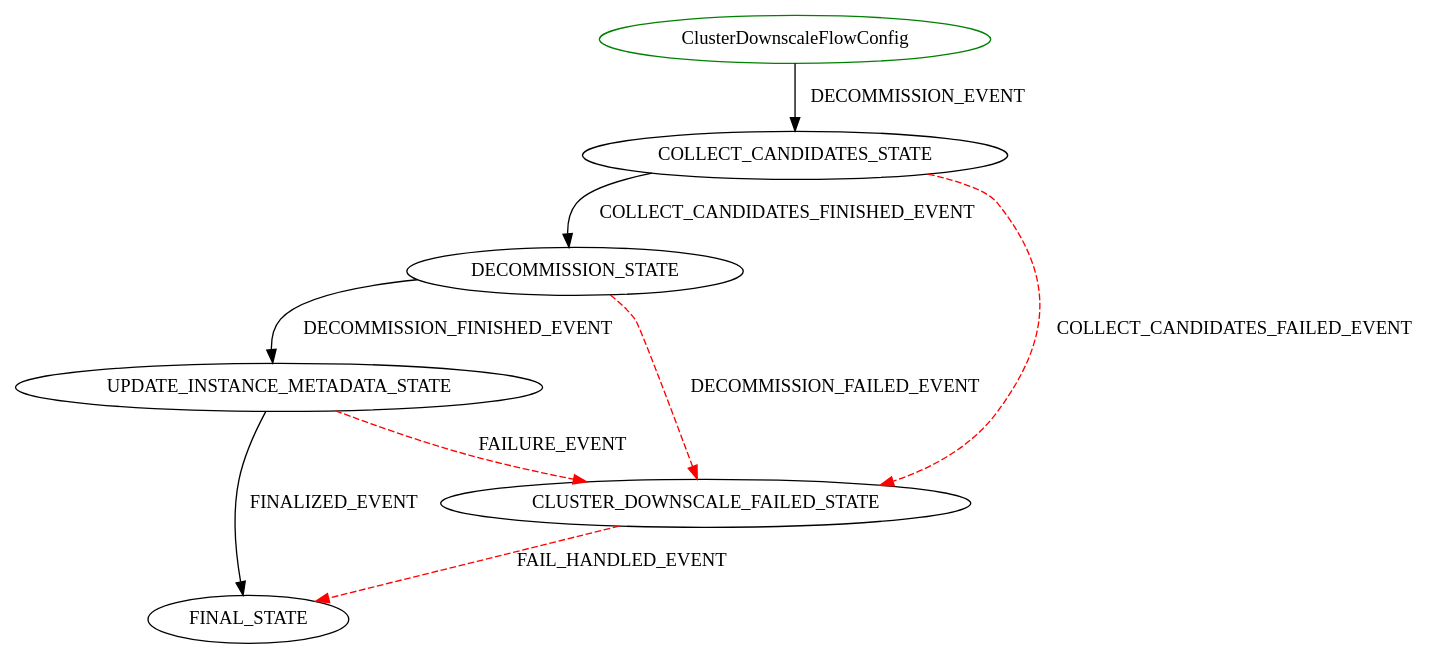
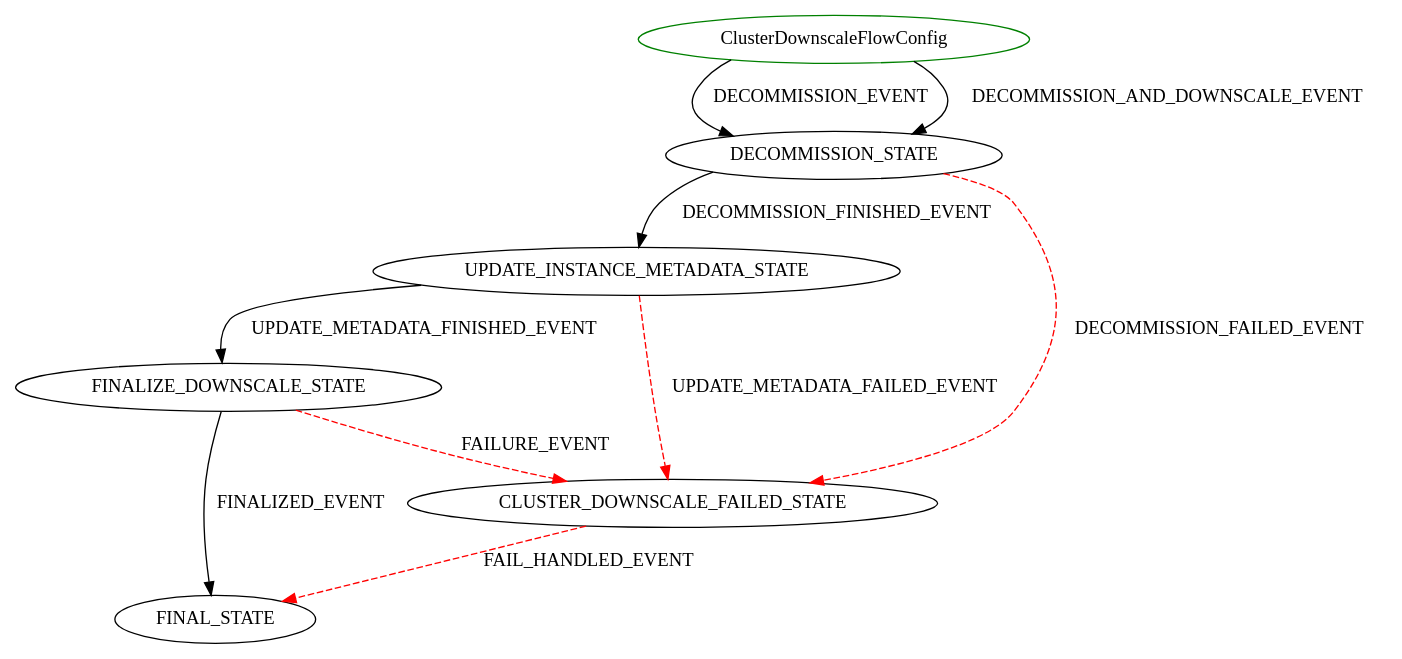
One commit to hortonworks/cloudbreak-docs changed the diagram in latest/diagrams/ClusterDownscaleFlowConfig.dot. Above: the diagram before and after it, drawn with Graphviz. The commit also changed 55 other files, not shown here.

```diff
--- a/latest/diagrams/ClusterDownscaleFlowConfig.dot
+++ b/latest/diagrams/ClusterDownscaleFlowConfig.dot
@@ -1,11 +1,12 @@
 digraph {
 INIT_STATE [label="ClusterDownscaleFlowConfig" shape=ellipse color=green];
-INIT_STATE -> COLLECT_CANDIDATES_STATE [label="DECOMMISSION_EVENT" color=black style=solid];
-COLLECT_CANDIDATES_STATE -> DECOMMISSION_STATE [label="COLLECT_CANDIDATES_FINISHED_EVENT" color=black style=solid];
-COLLECT_CANDIDATES_STATE -> CLUSTER_DOWNSCALE_FAILED_STATE [label="COLLECT_CANDIDATES_FAILED_EVENT" color=red style=dashed];
-CLUSTER_DOWNSCALE_FAILED_STATE -> FINAL_STATE [label="FAIL_HANDLED_EVENT" color=red style=dashed];
+INIT_STATE -> DECOMMISSION_STATE [label="DECOMMISSION_EVENT" color=black style=solid];
+INIT_STATE -> DECOMMISSION_STATE [label="DECOMMISSION_AND_DOWNSCALE_EVENT" color=black style=solid];
 DECOMMISSION_STATE -> UPDATE_INSTANCE_METADATA_STATE [label="DECOMMISSION_FINISHED_EVENT" color=black style=solid];
 DECOMMISSION_STATE -> CLUSTER_DOWNSCALE_FAILED_STATE [label="DECOMMISSION_FAILED_EVENT" color=red style=dashed];
-UPDATE_INSTANCE_METADATA_STATE -> FINAL_STATE [label="FINALIZED_EVENT" color=black style=solid];
-UPDATE_INSTANCE_METADATA_STATE -> CLUSTER_DOWNSCALE_FAILED_STATE [label="FAILURE_EVENT" color=red style=dashed];
+CLUSTER_DOWNSCALE_FAILED_STATE -> FINAL_STATE [label="FAIL_HANDLED_EVENT" color=red style=dashed];
+UPDATE_INSTANCE_METADATA_STATE -> FINALIZE_DOWNSCALE_STATE [label="UPDATE_METADATA_FINISHED_EVENT" color=black style=solid];
+UPDATE_INSTANCE_METADATA_STATE -> CLUSTER_DOWNSCALE_FAILED_STATE [label="UPDATE_METADATA_FAILED_EVENT" color=red style=dashed];
+FINALIZE_DOWNSCALE_STATE -> FINAL_STATE [label="FINALIZED_EVENT" color=black style=solid];
+FINALIZE_DOWNSCALE_STATE -> CLUSTER_DOWNSCALE_FAILED_STATE [label="FAILURE_EVENT" color=red style=dashed];
 }
```
